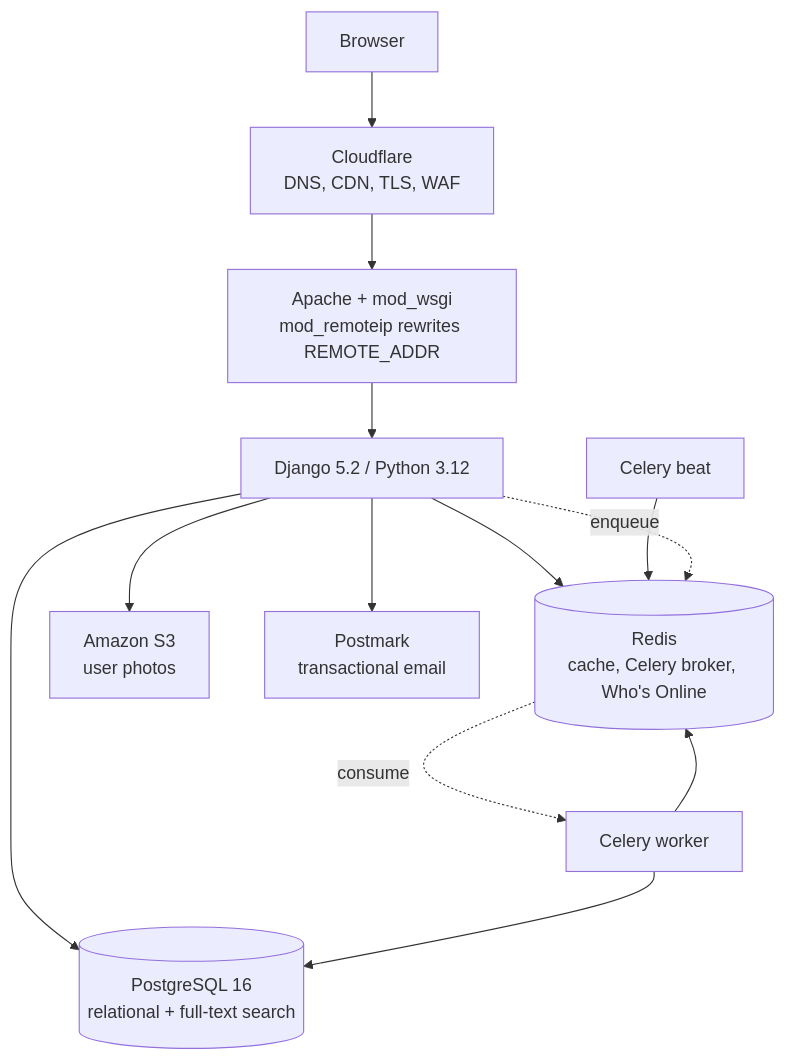
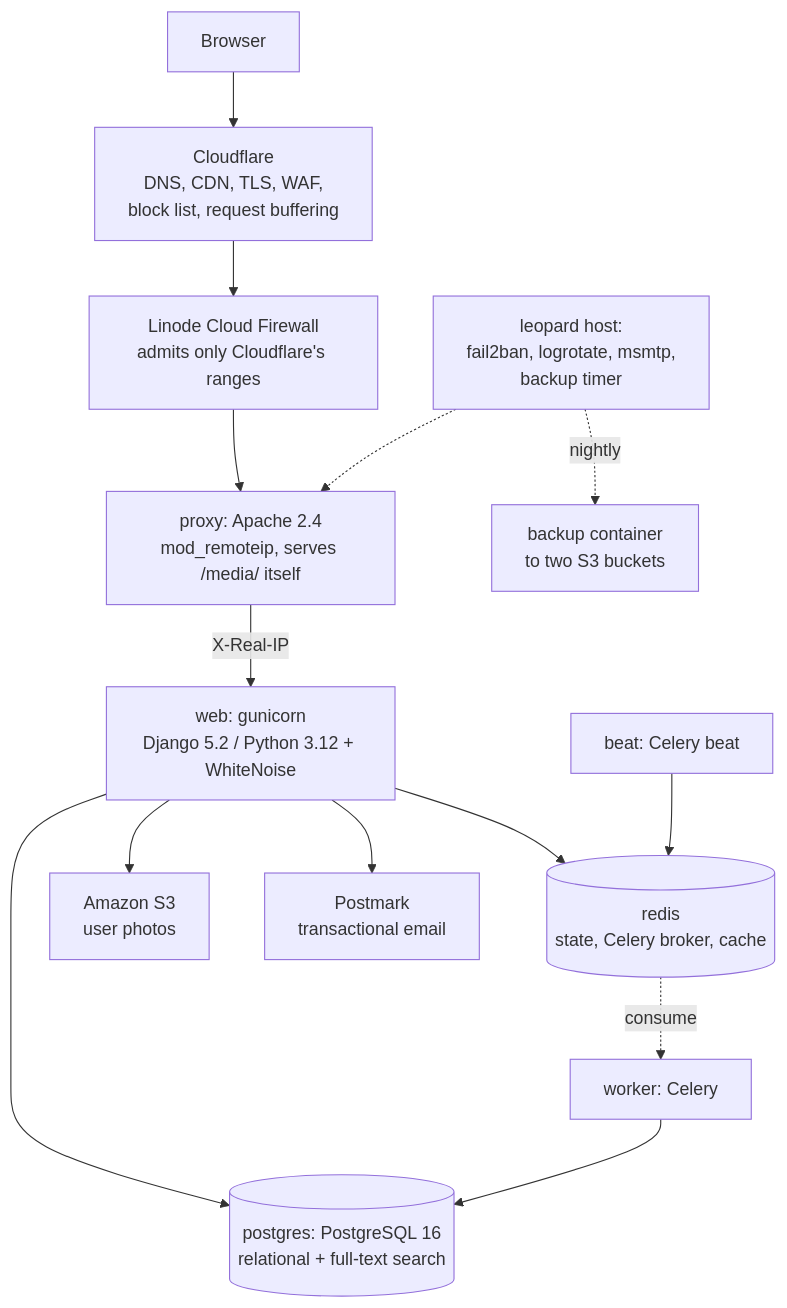
The first of 5 diagrams in .agents/summary/architecture.md (gremmie/sg101), drawn with Mermaid before and after one commit. The commit also changed other lines of this file and 10 other files, not shown here.

````diff
--- a/.agents/summary/architecture.md
+++ b/.agents/summary/architecture.md
@@ -7,15 +7,16 @@
 ```mermaid
 graph TB
-    B[Browser] --> CF[Cloudflare<br/>DNS, CDN, TLS, WAF]
-    CF --> AP[Apache + mod_wsgi<br/>mod_remoteip rewrites REMOTE_ADDR]
-    AP --> DJ[Django 5.2 / Python 3.12]
-    DJ --> PG[(PostgreSQL 16<br/>relational + full-text search)]
-    DJ --> RD[(Redis<br/>cache, Celery broker, Who's Online)]
-    DJ --> S3[Amazon S3<br/>user photos]
-    DJ --> PM[Postmark<br/>transactional email]
-    CE[Celery worker] --> PG
-    CE --> RD
-    BT[Celery beat] --> RD
-    DJ -. enqueue .-> RD
-    RD -. consume .-> CE
+    B[Browser] --> CF[Cloudflare<br/>DNS, CDN, TLS, WAF,<br/>block list, request buffering]
+    CF --> FW[Linode Cloud Firewall<br/>admits only Cloudflare's ranges]
+    FW --> AP[proxy: Apache 2.4<br/>mod_remoteip, serves /media/ itself]
+    AP -->|X-Real-IP| WEB[web: gunicorn<br/>Django 5.2 / Python 3.12 + WhiteNoise]
+    WEB --> PG[(postgres: PostgreSQL 16<br/>relational + full-text search)]
+    WEB --> RD[(redis<br/>state, Celery broker, cache)]
+    WEB --> S3[Amazon S3<br/>user photos]
+    WEB --> PM[Postmark<br/>transactional email]
+    RD -. consume .-> WK[worker: Celery]
+    BT[beat: Celery beat] --> RD
+    WK --> PG
+    HOST[leopard host:<br/>fail2ban, logrotate, msmtp,<br/>backup timer] -.-> AP
+    HOST -. nightly .-> BK[backup container<br/>to two S3 buckets]
 ```
````
